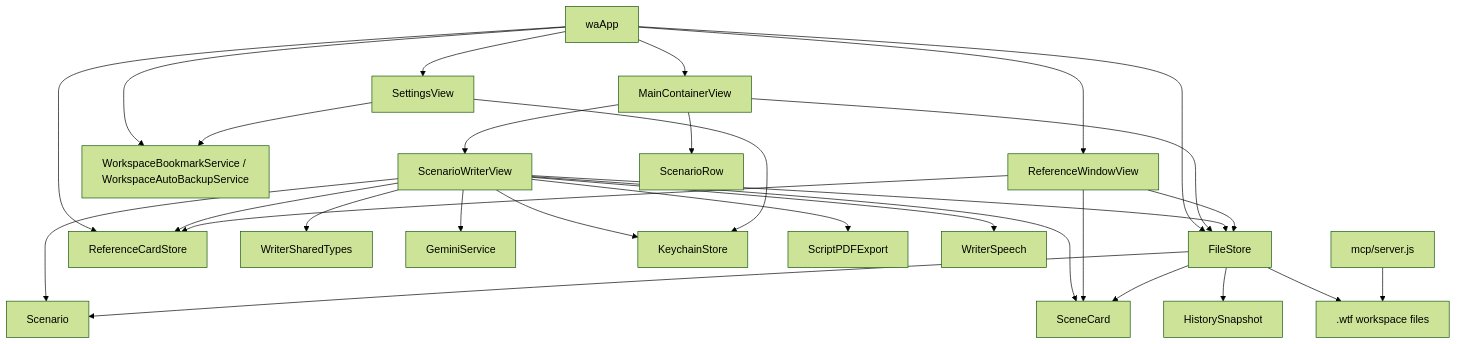
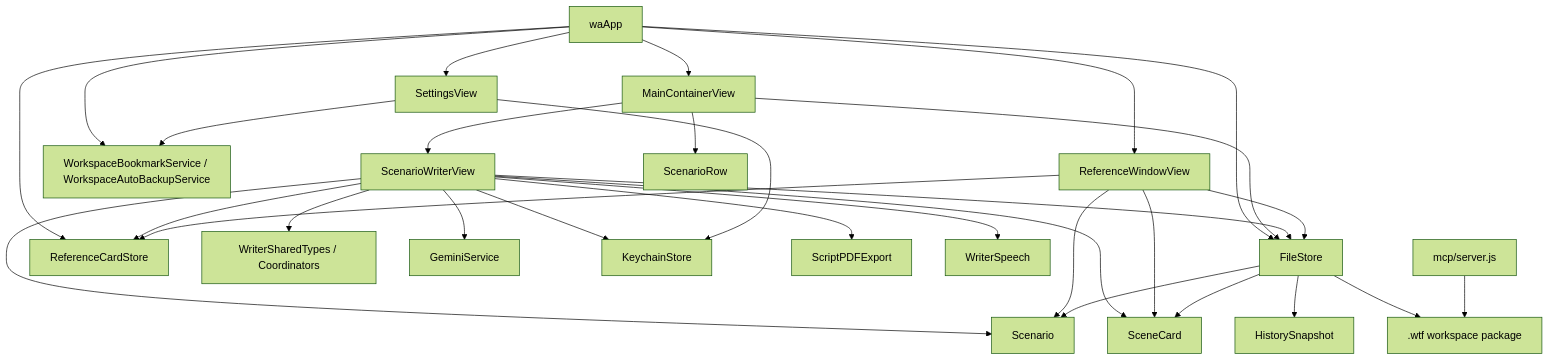
The diagram in AI_DOCS/00_PROJECT_INDEX.md (breach78/WTF), drawn with Mermaid (forest theme) before and after one commit. The commit also changed other lines of this file and 817 other files, not shown here.

Commit message:
Refine writer architecture and release readiness

````diff
--- a/AI_DOCS/00_PROJECT_INDEX.md
+++ b/AI_DOCS/00_PROJECT_INDEX.md
@@ -228,37 +299,38 @@
 ```mermaid
 flowchart TD
     A["waApp"] --> B["FileStore"]
     A --> C["ReferenceCardStore"]
     A --> D["MainContainerView"]
     A --> E["ReferenceWindowView"]
     A --> F["SettingsView"]
     A --> G["WorkspaceBookmarkService / WorkspaceAutoBackupService"]
 
     D --> B
     D --> H["ScenarioWriterView"]
     D --> I["ScenarioRow"]
 
     H --> B
     H --> C
     H --> J["Scenario"]
     H --> K["SceneCard"]
-    H --> L["WriterSharedTypes"]
+    H --> L["WriterSharedTypes / Coordinators"]
     H --> M["GeminiService"]
     H --> N["KeychainStore"]
     H --> O["ScriptPDFExport"]
     H --> P["WriterSpeech"]
 
     E --> B
     E --> C
+    E --> J
     E --> K
 
     F --> G
     F --> N
 
     B --> J
     B --> K
     B --> Q["HistorySnapshot"]
-    B --> R[".wtf workspace files"]
+    B --> R[".wtf workspace package"]
 
     S["mcp/server.js"] --> R
 ```
````
